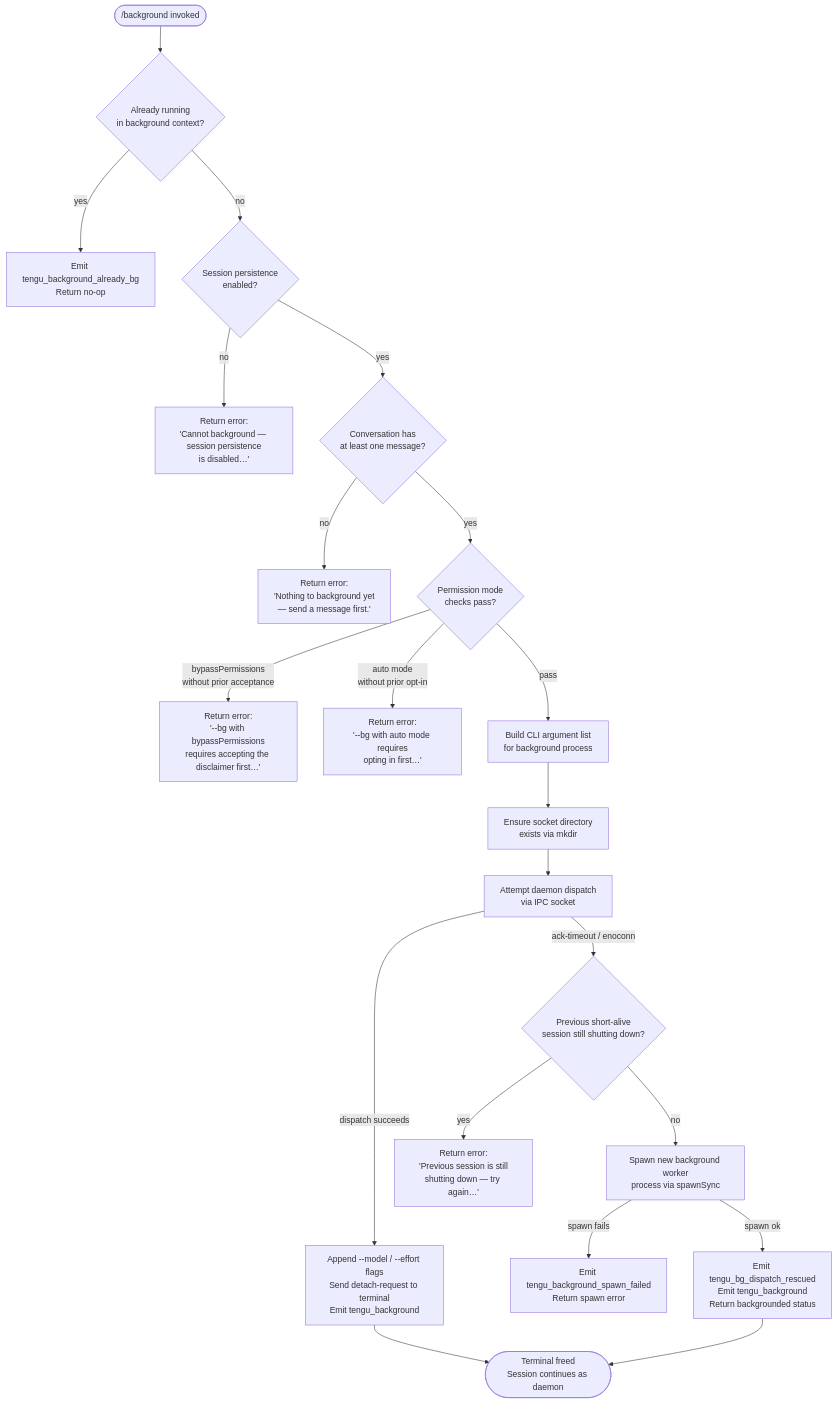
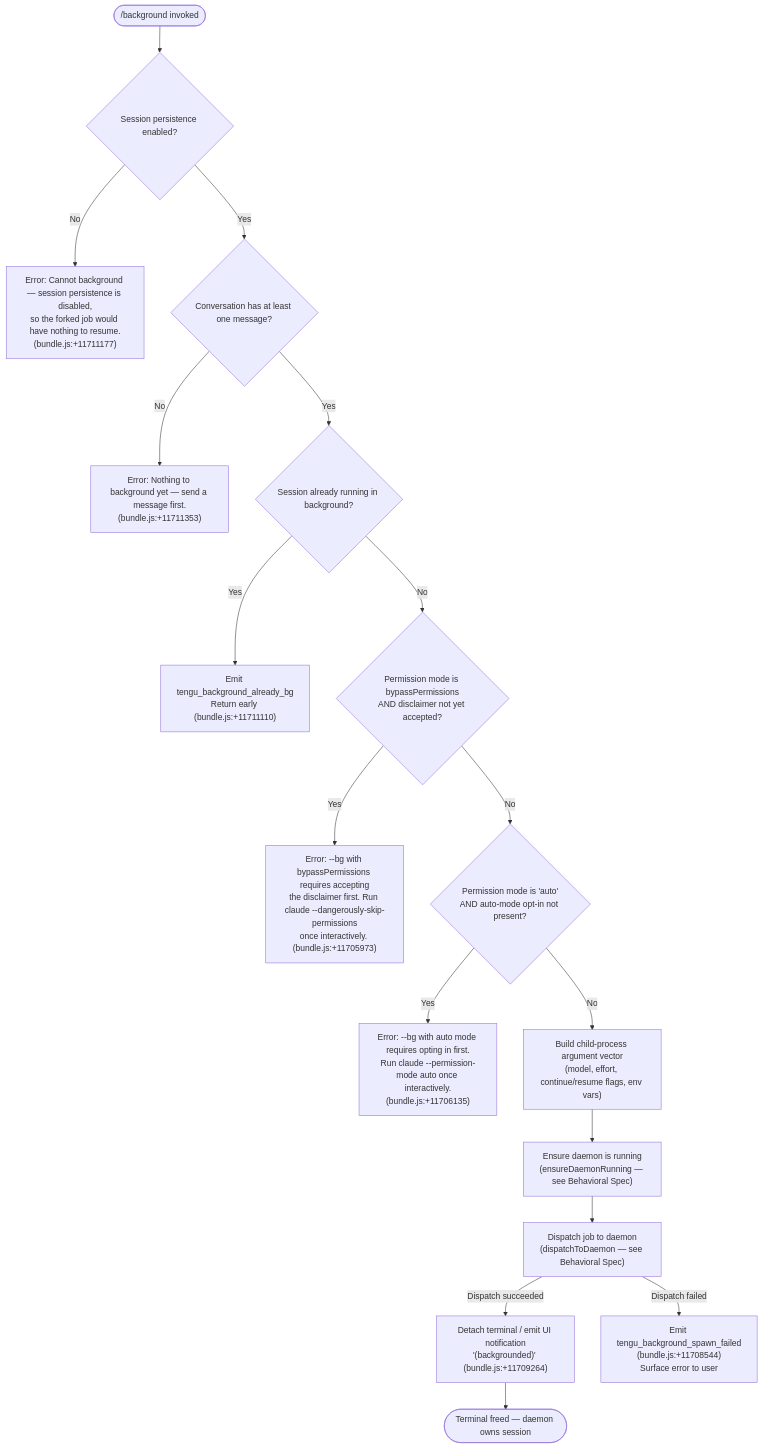
The diagram in versions/v2.1.133/background.md (MyLittleLuckyDog/cc-gnothi), drawn with Mermaid before and after one commit. The commit also changed other lines of this file and 95 other files, not shown here.

````diff
--- a/versions/v2.1.133/background.md
+++ b/versions/v2.1.133/background.md
@@ -47,23 +62,19 @@
 ```mermaid
 flowchart TD
-    A(["/background invoked"]) --> B{Already running\nin background context?}
-    B -- yes --> C[Emit tengu_background_already_bg\nReturn no-op]
-    B -- no --> D{Session persistence\nenabled?}
-    D -- no --> E[Return error:\n'Cannot background — session persistence\nis disabled…']
-    D -- yes --> F{Conversation has\nat least one message?}
-    F -- no --> G[Return error:\n'Nothing to background yet\n— send a message first.']
-    F -- yes --> H{Permission mode\nchecks pass?}
-    H -- bypassPermissions\nwithout prior acceptance --> I[Return error:\n'--bg with bypassPermissions\nrequires accepting the disclaimer first…']
-    H -- auto mode\nwithout prior opt-in --> J[Return error:\n'--bg with auto mode requires\nopting in first…']
-    H -- pass --> K[Build CLI argument list\nfor background process]
-    K --> L[Ensure socket directory\nexists via mkdir]
-    L --> M[Attempt daemon dispatch\nvia IPC socket]
-    M -- dispatch succeeds --> N[Append --model / --effort flags\nSend detach-request to terminal\nEmit tengu_background]
-    M -- ack-timeout / enoconn --> O{Previous short-alive\nsession still shutting down?}
-    O -- yes --> P[Return error:\n'Previous session is still\nshutting down — try again…']
-    O -- no --> Q[Spawn new background worker\nprocess via spawnSync]
-    Q -- spawn fails --> R[Emit tengu_background_spawn_failed\nReturn spawn error]
-    Q -- spawn ok --> S[Emit tengu_bg_dispatch_rescued\nEmit tengu_background\nReturn backgrounded status]
-    N --> T([Terminal freed\nSession continues as daemon])
-    S --> T
+    A(["/background invoked"]) --> B{Session persistence enabled?}
+    B -- No --> ERR1["Error: Cannot background — session persistence is disabled,\nso the forked job would have nothing to resume.\n(bundle.js:+11711177)"]
+    B -- Yes --> C{Conversation has at least one message?}
+    C -- No --> ERR2["Error: Nothing to background yet — send a message first.\n(bundle.js:+11711353)"]
+    C -- Yes --> D{Session already running in background?}
+    D -- Yes --> ALREADY["Emit tengu_background_already_bg\nReturn early (bundle.js:+11711110)"]
+    D -- No --> E{Permission mode is bypassPermissions\nAND disclaimer not yet accepted?}
+    E -- Yes --> ERR3["Error: --bg with bypassPermissions requires accepting\nthe disclaimer first. Run claude --dangerously-skip-permissions\nonce interactively. (bundle.js:+11705973)"]
+    E -- No --> F{Permission mode is 'auto'\nAND auto-mode opt-in not present?}
+    F -- Yes --> ERR4["Error: --bg with auto mode requires opting in first.\nRun claude --permission-mode auto once interactively.\n(bundle.js:+11706135)"]
+    F -- No --> G["Build child-process argument vector\n(model, effort, continue/resume flags, env vars)"]
+    G --> H["Ensure daemon is running\n(ensureDaemonRunning — see Behavioral Spec)"]
+    H --> I["Dispatch job to daemon\n(dispatchToDaemon — see Behavioral Spec)"]
+    I -- Dispatch succeeded --> J["Detach terminal / emit UI notification\n'(backgrounded)' (bundle.js:+11709264)"]
+    I -- Dispatch failed --> ERR5["Emit tengu_background_spawn_failed\n(bundle.js:+11708544)\nSurface error to user"]
+    J --> K([Terminal freed — daemon owns session])
 ```
````
